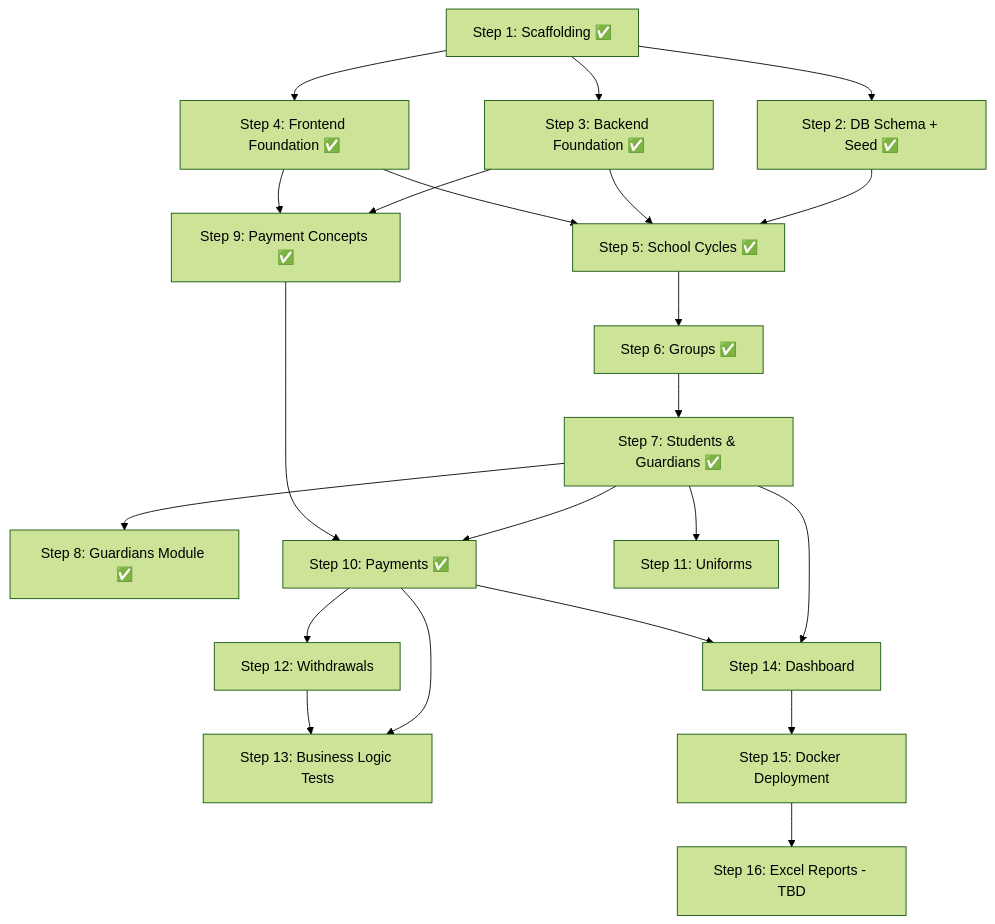
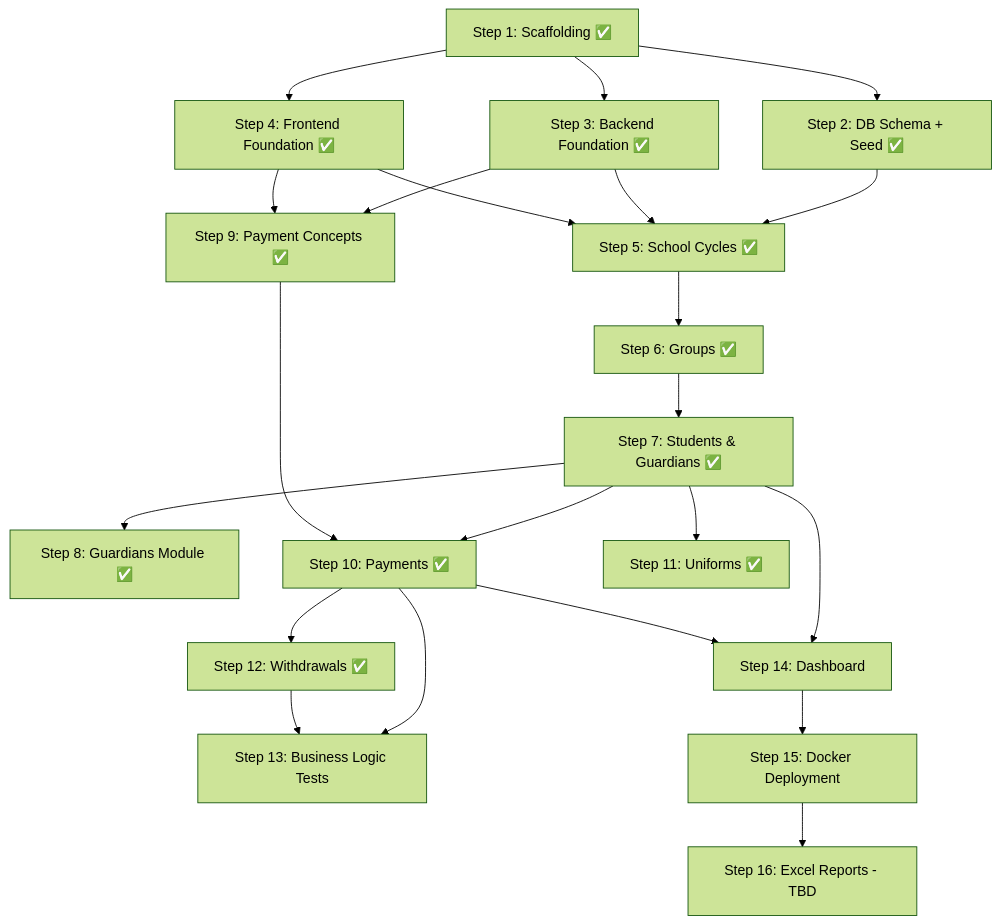
One commit to OmarERz/Sistema_Gestion_Escolar changed the diagram in docs/implementation-plan.md. Above: the diagram before and after it, drawn with Mermaid (forest theme). The commit also changed other lines of this file and 25 other files, not shown here.

First line of the commit message:
Implement Withdrawals module with undo, reenrollment, and pay-all (Step 12)

````diff
--- a/docs/implementation-plan.md
+++ b/docs/implementation-plan.md
@@ -488,34 +517,34 @@
 ```mermaid
 graph TD
     S1[Step 1: Scaffolding ✅] --> S2[Step 2: DB Schema + Seed ✅]
     S1 --> S3[Step 3: Backend Foundation ✅]
     S1 --> S4[Step 4: Frontend Foundation ✅]
 
     S2 --> S5[Step 5: School Cycles ✅]
     S3 --> S5
     S4 --> S5
 
     S5 --> S6[Step 6: Groups ✅]
     S6 --> S7[Step 7: Students & Guardians ✅]
 
     S7 --> S8[Step 8: Guardians Module ✅]
 
     S3 --> S9[Step 9: Payment Concepts ✅]
     S4 --> S9
 
     S7 --> S10[Step 10: Payments ✅]
     S9 --> S10
 
-    S7 --> S11[Step 11: Uniforms]
-    S10 --> S12[Step 12: Withdrawals]
+    S7 --> S11[Step 11: Uniforms ✅]
+    S10 --> S12[Step 12: Withdrawals ✅]
 
     S10 --> S13[Step 13: Business Logic Tests]
     S12 --> S13
 
     S7 --> S14[Step 14: Dashboard]
     S10 --> S14
 
     S14 --> S15[Step 15: Docker Deployment]
 
     S15 --> S16[Step 16: Excel Reports - TBD]
 ```
````
